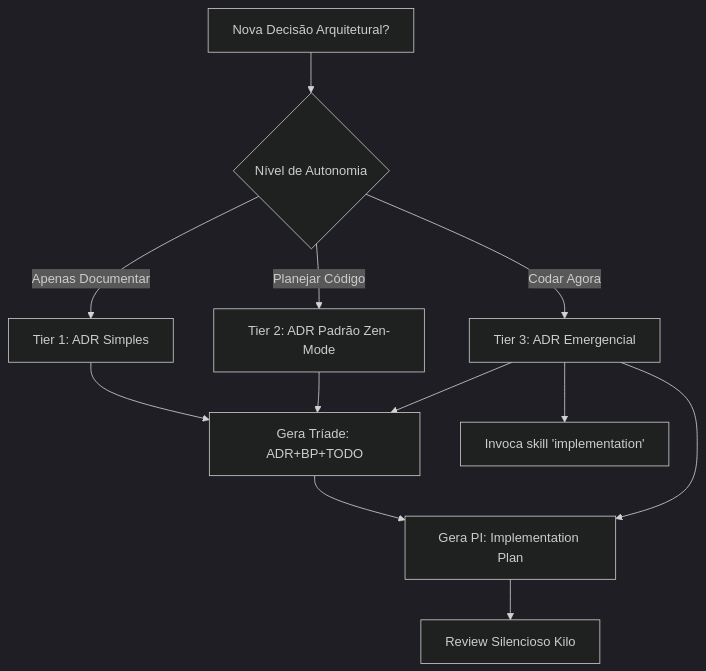
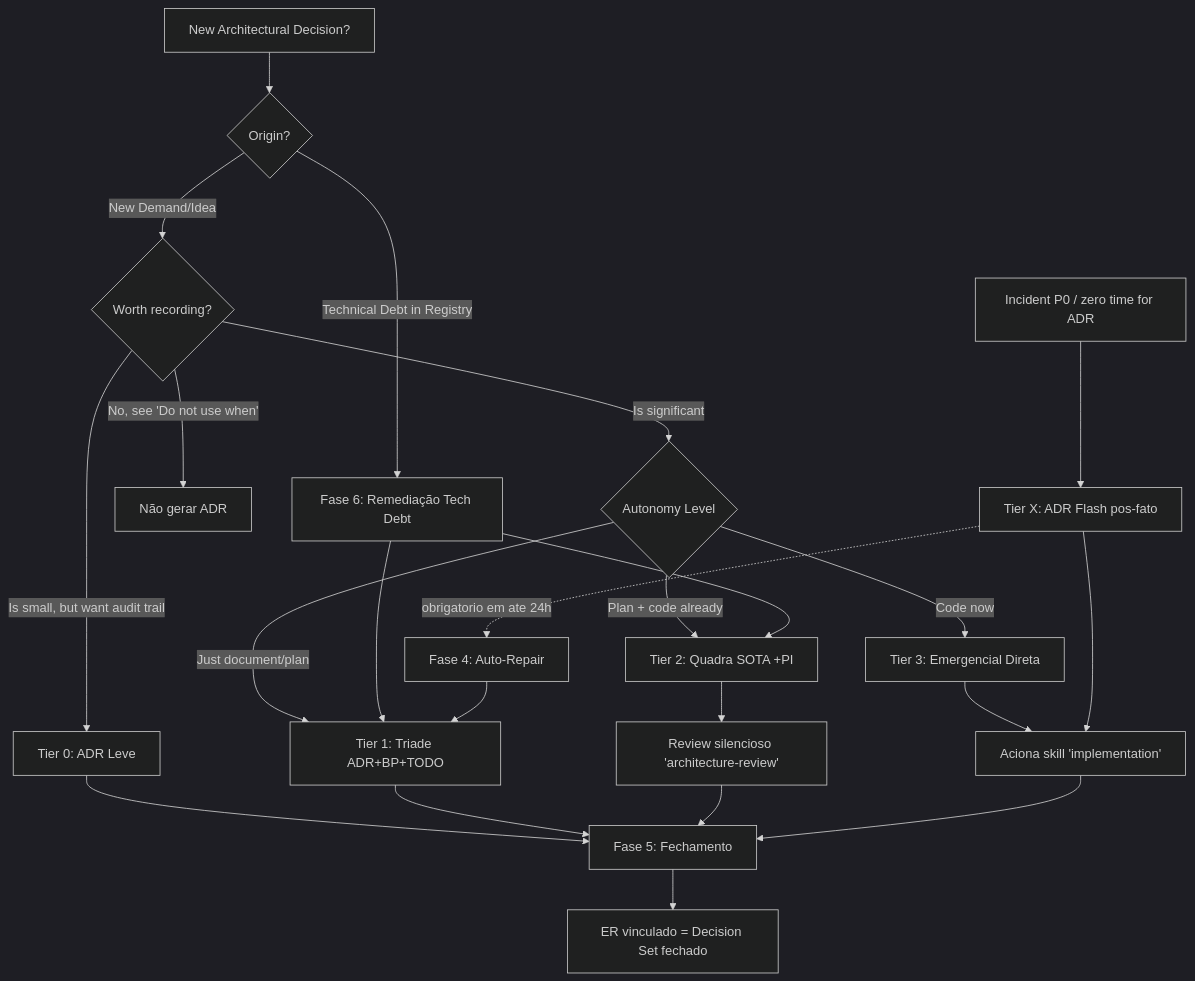
The diagram in skills/adr-generator/SKILL.md (lscheffel/ignite-agents-skills), drawn with Mermaid (dark theme) before and after one commit. The commit also changed other lines of this file and 1024 other files, not shown here.

````diff
--- a/skills/adr-generator/SKILL.md
+++ b/skills/adr-generator/SKILL.md
@@ -42,14 +63,25 @@
 ```mermaid
 graph TD
-    A[Nova Decisão Arquitetural?] --> B{Nível de Autonomia}
-    B -->|Apenas Documentar| C[Tier 1: ADR Simples]
-    B -->|Planejar Código| D[Tier 2: ADR Padrão Zen-Mode]
-    B -->|Codar Agora| E[Tier 3: ADR Emergencial]
-    C --> F[Gera Tríade: ADR+BP+TODO]
-    D --> F
-    F --> G[Gera PI: Implementation Plan]
-    G --> H[Review Silencioso Kilo]
-    E --> F
-    E --> G
-    E --> I[Invoca skill 'implementation']
+    A[New Architectural Decision?] --> B{Origin?}
+    B -->|Technical Debt in Registry| TDR[Fase 6: Remediação Tech Debt]
+    B -->|New Demand/Idea| C{Worth recording?}
+    C -->|No, see 'Do not use when'| SKIP[Não gerar ADR]
+    C -->|Is small, but want audit trail| T0[Tier 0: ADR Leve]
+    C -->|Is significant| D{Autonomy Level}
+    D -->|Just document/plan| T1[Tier 1: Triade ADR+BP+TODO]
+    D -->|Plan + code already| T2[Tier 2: Quadra SOTA +PI]
+    D -->|Code now| T3[Tier 3: Emergencial Direta]
+    P0[Incident P0 / zero time for ADR] --> TX[Tier X: ADR Flash pos-fato]
+
+    TDR --> T1
+    TDR --> T2
+    T0 --> Z[Fase 5: Fechamento]
+    T1 --> Z
+    T2 --> REV[Review silencioso 'architecture-review'] --> Z
+    T3 --> IMPL[Aciona skill 'implementation'] --> Z
+    TX --> IMPL
+    TX -.obrigatorio em ate 24h.-> AR[Fase 4: Auto-Repair]
+    AR --> T1
+
+    Z --> ER[ER vinculado = Decision Set fechado]
 ```
````
